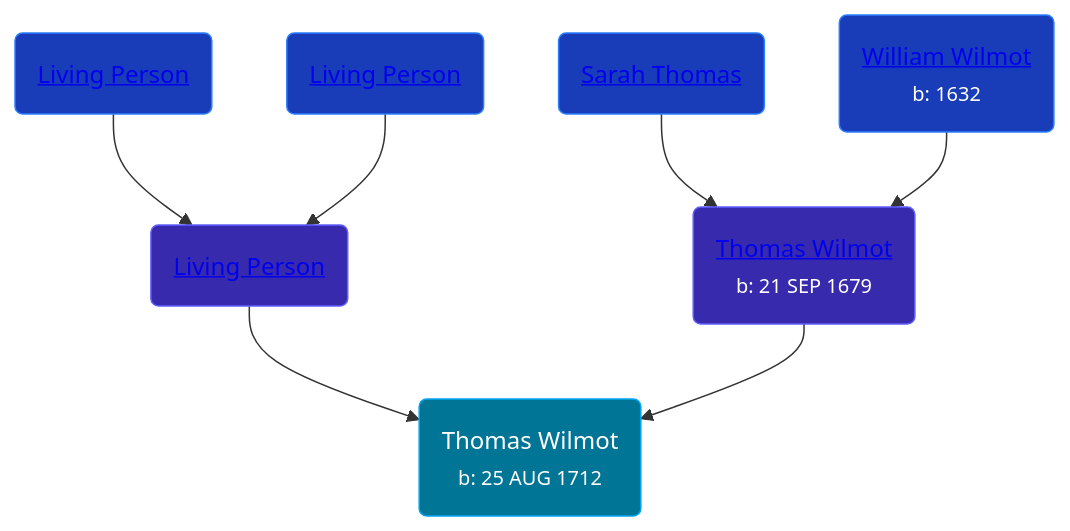
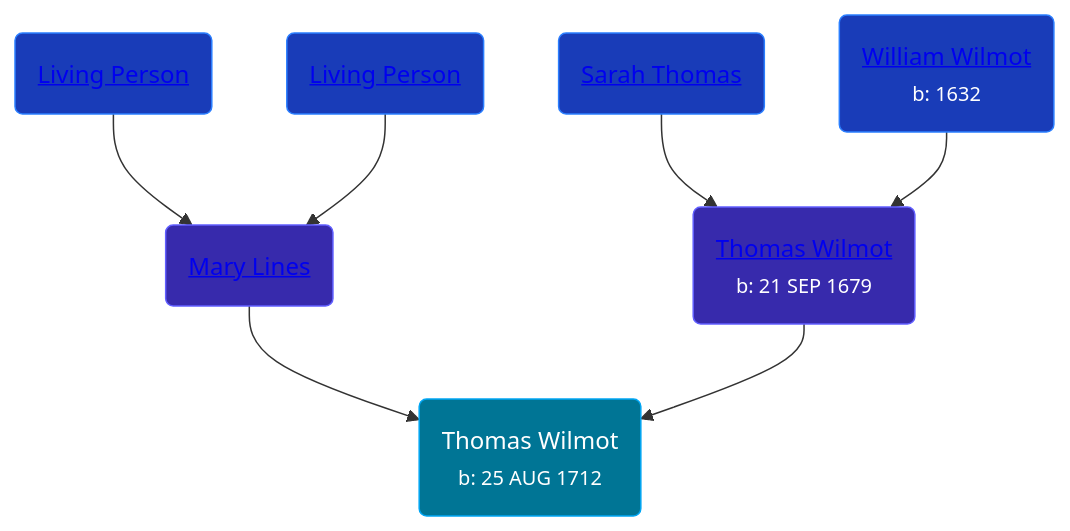
Before and after one commit to wpmgotkh/wpmgotkh.github.io: the diagram in pages/people/5/57007378.md, drawn with Mermaid. The commit also changed other lines of this file and 586 other files, not shown here.

Commit message:
feat: better shouldConsiderPersonLiving algo

````diff
--- a/pages/people/5/57007378.md
+++ b/pages/people/5/57007378.md
@@ -10,13 +10,13 @@
 ```mermaid
 graph
 classDef grands fill:#193cb8,stroke:#2b7fff,stroke-width:1px,color:#fff;
 classDef parents fill:#372aac,stroke:#615fff,stroke-width:1px,color:#fff;
 classDef primary fill:#007595,stroke:#00a6f4,stroke-width:1px,color:#fff;
 57007378(Thomas Wilmot<br /><small>b: 25 AUG 1712</small>):::primary
-19292651(<a class="text-white" href="/people/1/19292651">Living Person</a>):::parents-->57007378
+19292651(<a class="text-white" href="/people/1/19292651">Mary Lines</a>):::parents-->57007378
 33207612(<a class="text-white" href="/people/3/33207612">Living Person</a>):::grands-->19292651
 80639382(<a class="text-white" href="/people/8/80639382">Living Person</a>):::grands-->19292651
 36930663(<a class="text-white" href="/people/3/36930663">Thomas Wilmot</a><br /><small>b: 21 SEP 1679</small>):::parents-->57007378
 28506175(<a class="text-white" href="/people/2/28506175">Sarah Thomas</a>):::grands-->36930663
 47205976(<a class="text-white" href="/people/4/47205976">William Wilmot</a><br /><small>b: 1632</small>):::grands-->36930663
 ```
````
